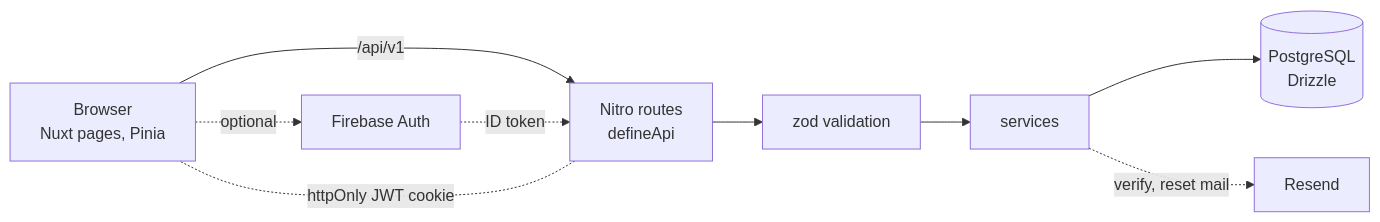
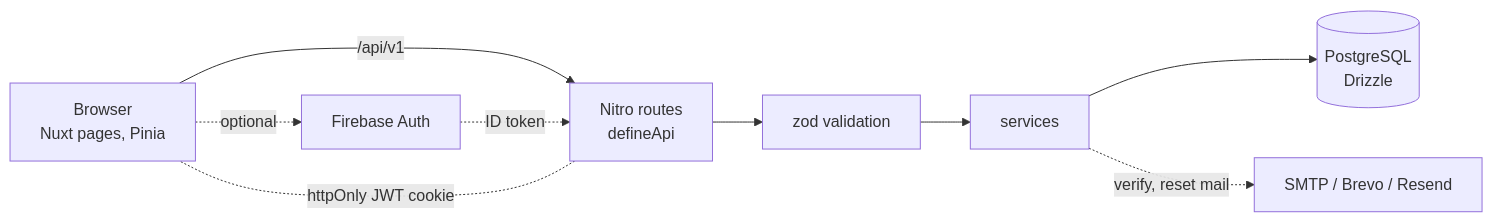
Before and after one commit to Arktouros-Forge/UniLink: the first of 2 diagrams in README.md, drawn with Mermaid. The commit also changed other lines of this file and 14 other files, not shown here.

Commit message:
feat: support SMTP and Brevo email providers

````diff
--- a/README.md
+++ b/README.md
@@ -31,11 +31,11 @@
 ```mermaid
 flowchart LR
   B["Browser<br/>Nuxt pages, Pinia"] -->|"/api/v1"| R["Nitro routes<br/>defineApi"]
   R --> V["zod validation"]
   V --> S["services"]
   S --> D[("PostgreSQL<br/>Drizzle")]
   R -. "httpOnly JWT cookie" .- B
-  S -. "verify, reset mail" .-> M["Resend"]
+  S -. "verify, reset mail" .-> M["SMTP / Brevo / Resend"]
   B -. "optional" .-> F["Firebase Auth"]
   F -. "ID token" .-> R
 ```
````
